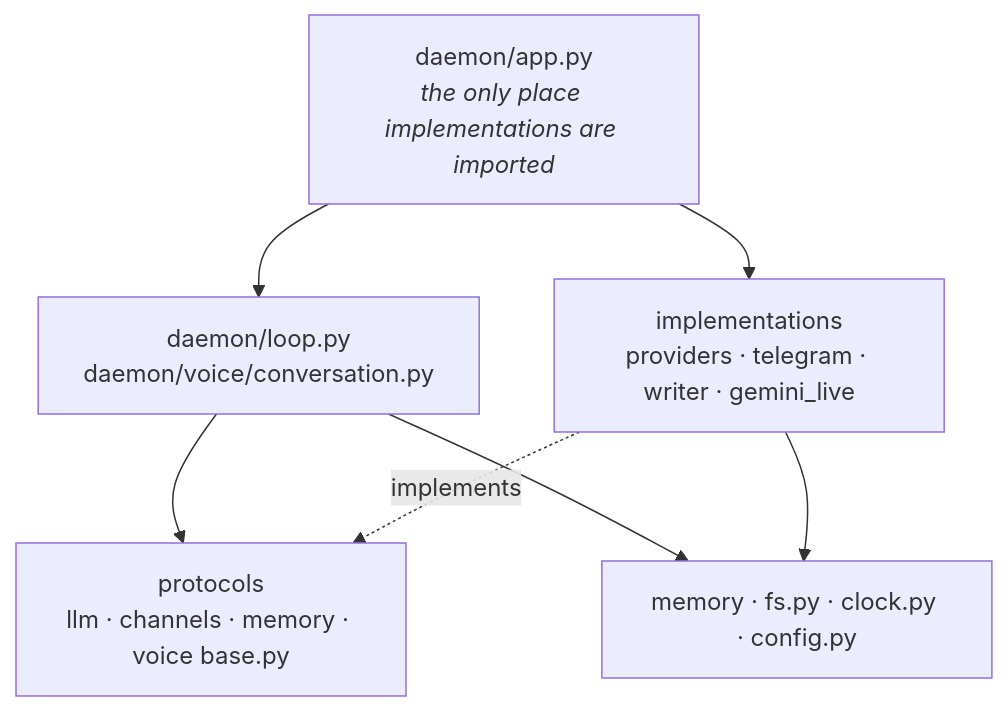
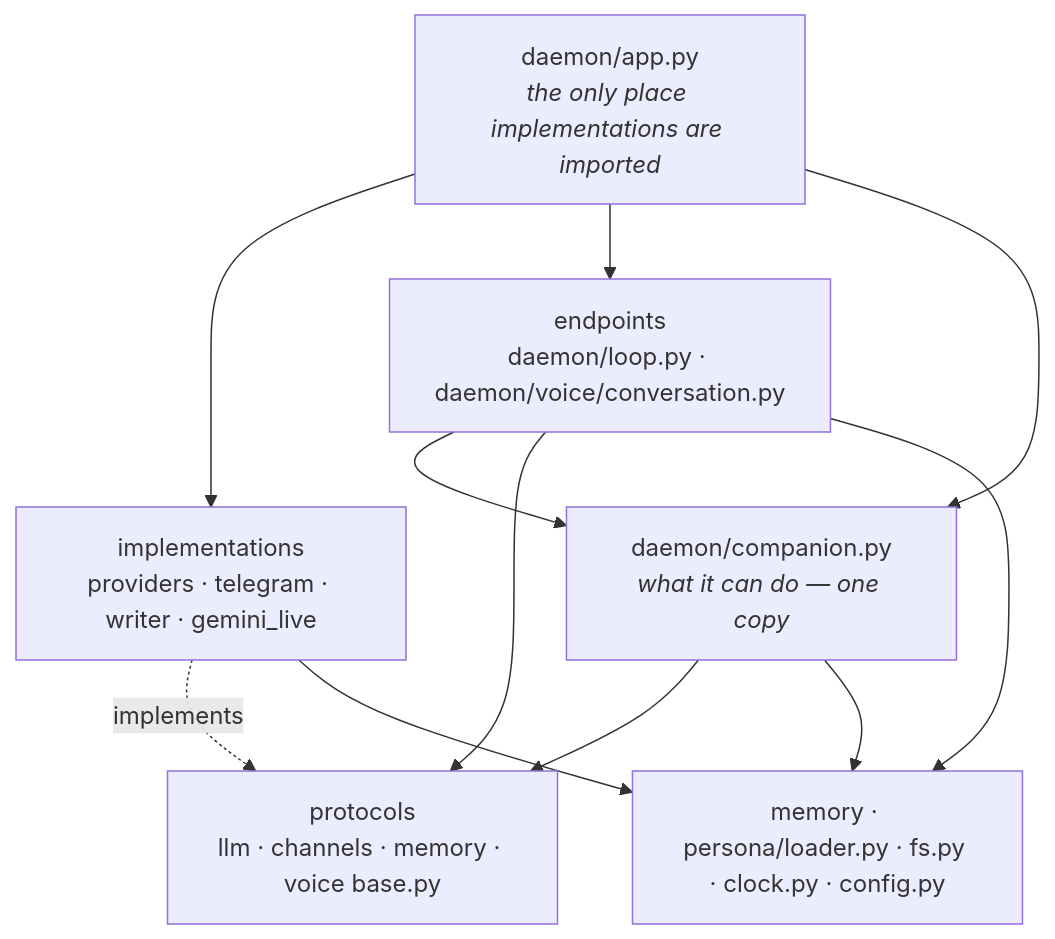
One commit to K2D2H4/Daemon changed the diagram in CLAUDE.md. Above: the diagram before and after it, drawn with Mermaid. The commit also changed other lines of this file and 18 other files, not shown here.

````diff
--- a/CLAUDE.md
+++ b/CLAUDE.md
@@ -25,15 +25,20 @@
 ```mermaid
 flowchart TD
   APP["daemon/app.py<br/><i>the only place implementations are imported</i>"]
   PROTO["protocols<br/>llm · channels · memory · voice base.py"]
   IMPL["implementations<br/>providers · telegram · writer · gemini_live"]
-  CORE["daemon/loop.py<br/>daemon/voice/conversation.py"]
-  FOUND["memory · fs.py · clock.py · config.py"]
+  CAP["daemon/companion.py<br/><i>what it can do — one copy</i>"]
+  CORE["endpoints<br/>daemon/loop.py · daemon/voice/conversation.py"]
+  FOUND["memory · persona/loader.py · fs.py · clock.py · config.py"]
 
   APP --> IMPL
   APP --> CORE
+  APP --> CAP
+  CORE --> CAP
+  CAP --> PROTO
   CORE --> PROTO
   IMPL -.implements.-> PROTO
+  CAP --> FOUND
   CORE --> FOUND
   IMPL --> FOUND
 ```
````
